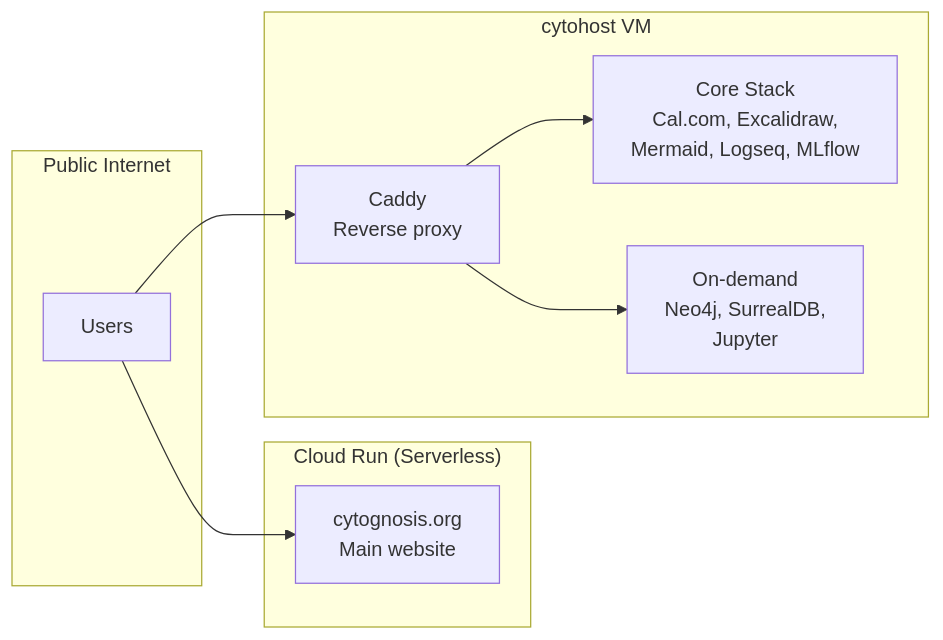
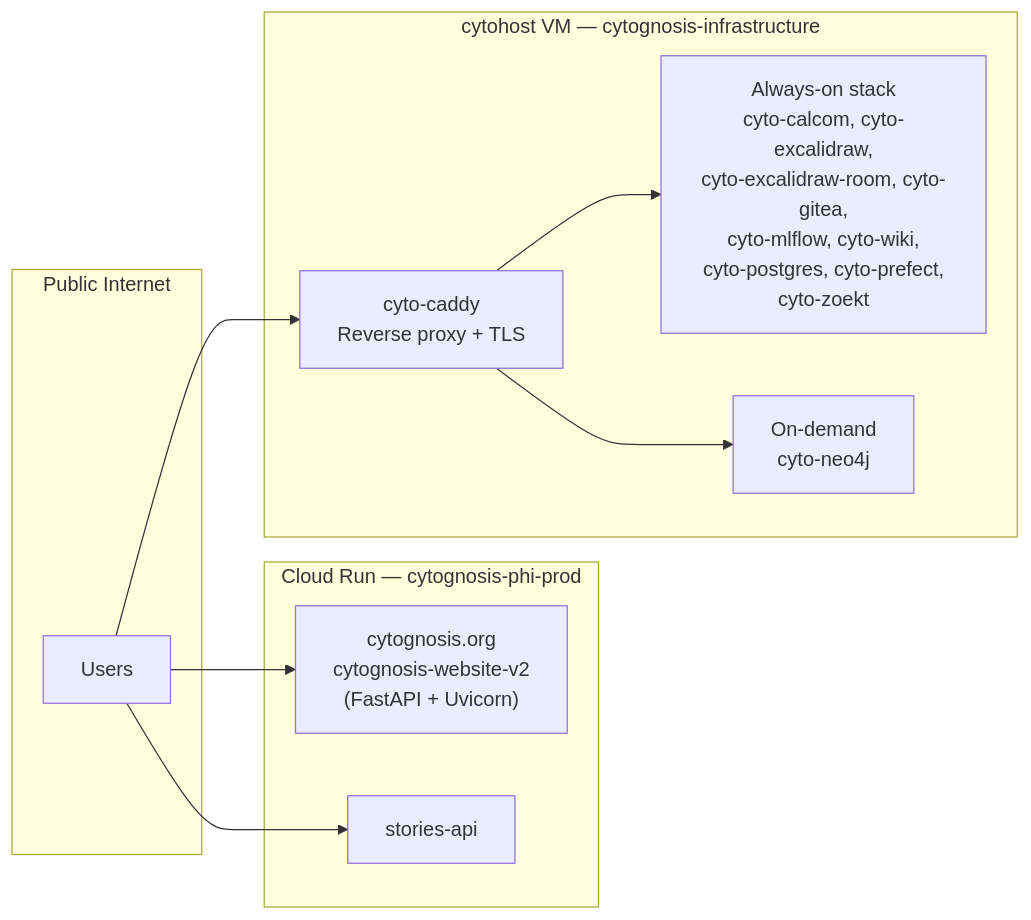
Before and after one commit to cytognosis/docs: the second of 2 diagrams in 04-Engineering/infrastructure/architecture.md, drawn with Mermaid. The commit also changed other lines of this file and 4 other files, not shown here.

First line of the commit message:
docs(infra): revise top-level architecture docs to GCP ground truth

````diff
--- a/04-Engineering/infrastructure/architecture.md
+++ b/04-Engineering/infrastructure/architecture.md
@@ -53,17 +76,19 @@
 ```mermaid
 flowchart LR
     subgraph Internet["Public Internet"]
         users["Users"]
     end
-    subgraph CloudRun["Cloud Run (Serverless)"]
-        website["cytognosis.org<br/>Main website"]
+    subgraph CloudRun["Cloud Run — cytognosis-phi-prod"]
+        website["cytognosis.org\ncytognosis-website-v2\n(FastAPI + Uvicorn)"]
+        stories["stories-api"]
     end
-    subgraph Cytohost["cytohost VM"]
-        caddy["Caddy<br/>Reverse proxy"]
-        core["Core Stack<br/>Cal.com, Excalidraw,<br/>Mermaid, Logseq, MLflow"]
-        ondemand["On-demand<br/>Neo4j, SurrealDB,<br/>Jupyter"]
+    subgraph Cytohost["cytohost VM — cytognosis-infrastructure"]
+        caddy["cyto-caddy\nReverse proxy + TLS"]
+        core["Always-on stack\ncyto-calcom, cyto-excalidraw,\ncyto-excalidraw-room, cyto-gitea,\ncyto-mlflow, cyto-wiki,\ncyto-postgres, cyto-prefect,\ncyto-zoekt"]
+        ondemand["On-demand\ncyto-neo4j"]
     end
     users --> website
+    users --> stories
     users --> caddy --> core
     caddy --> ondemand
 ```
````
